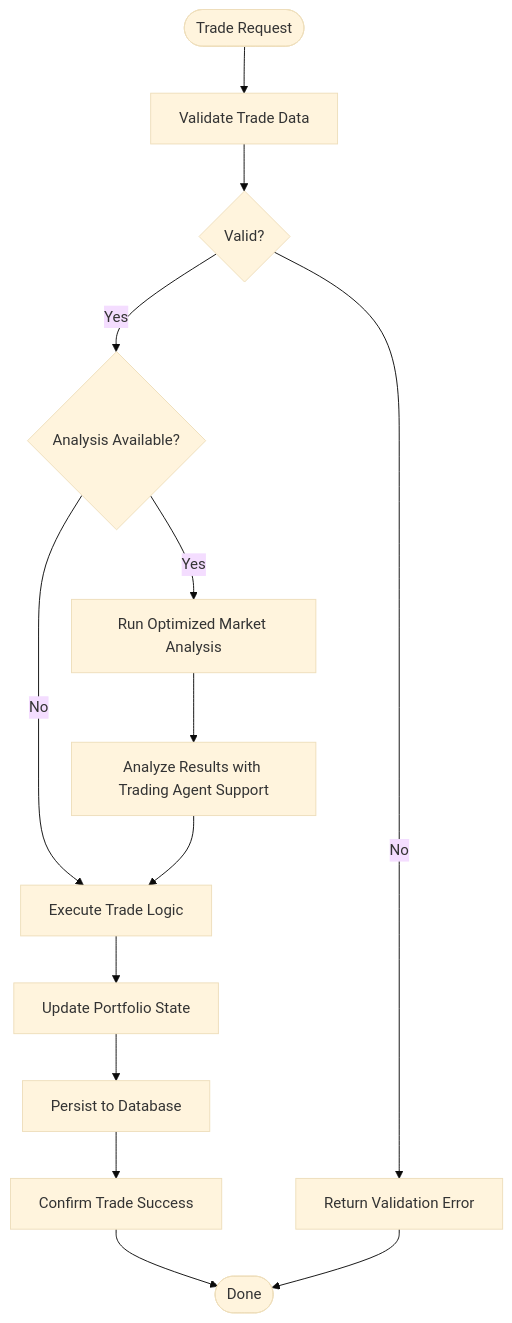
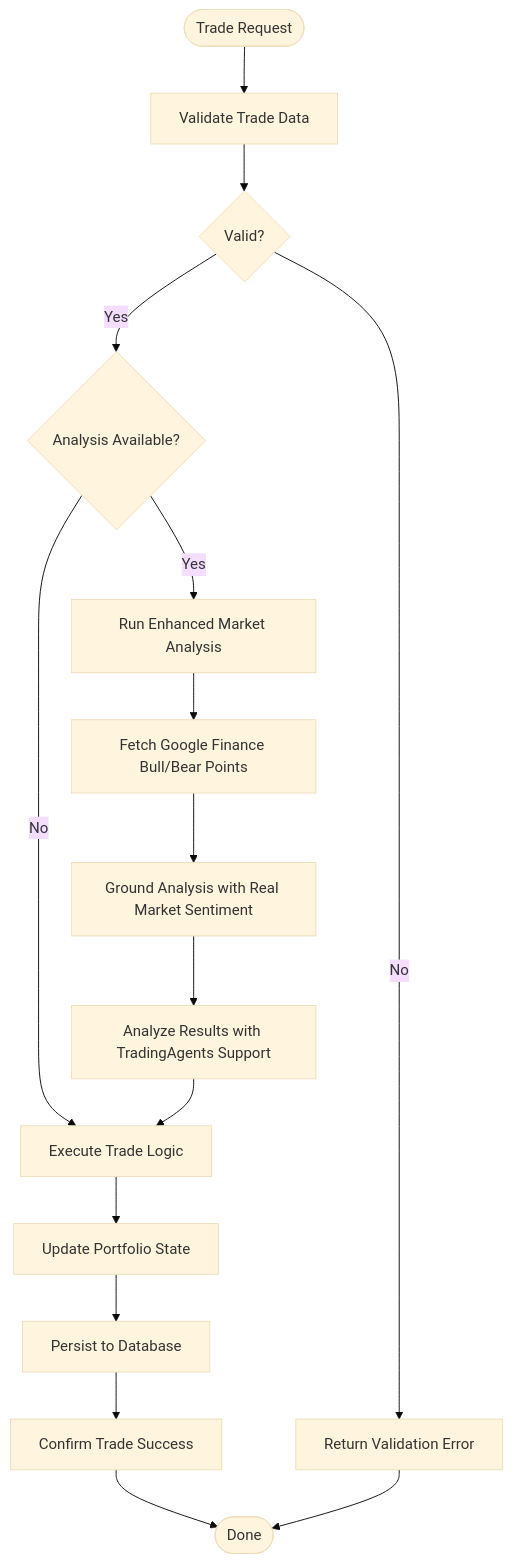
One commit to ZengSeng/telegram-bot changed the seventh of 13 diagrams in .qoder/repowiki/en/content/Core Components/Analysis Framework.md. Above: the diagram before and after it, drawn with Mermaid (base theme). The commit also changed other lines of this file and 22 other files, not shown here.

````diff
--- a/.qoder/repowiki/en/content/Core Components/Analysis Framework.md
+++ b/.qoder/repowiki/en/content/Core Components/Analysis Framework.md
@@ -353,16 +375,18 @@
 ```mermaid
 flowchart TD
 Start(["Trade Request"]) --> Validate["Validate Trade Data"]
 Validate --> Valid{"Valid?"}
 Valid --> |No| Error["Return Validation Error"]
 Valid --> |Yes| CheckAnalysis{"Analysis Available?"}
-CheckAnalysis --> |Yes| RunAnalysis["Run Optimized Market Analysis"]
+CheckAnalysis --> |Yes| RunAnalysis["Run Enhanced Market Analysis"]
 CheckAnalysis --> |No| Execute["Execute Trade Logic"]
-RunAnalysis --> AnalyzeResult["Analyze Results with Trading Agent Support"]
+RunAnalysis --> GetGFData["Fetch Google Finance Bull/Bear Points"]
+GetGFData --> GroundAnalysis["Ground Analysis with Real Market Sentiment"]
+GroundAnalysis --> AnalyzeResult["Analyze Results with TradingAgents Support"]
 AnalyzeResult --> Execute["Execute Trade Logic"]
 Execute --> UpdatePortfolio["Update Portfolio State"]
 UpdatePortfolio --> Persist["Persist to Database"]
 Persist --> Confirm["Confirm Trade Success"]
 Confirm --> End(["Done"])
 Error --> End
 ```
````
